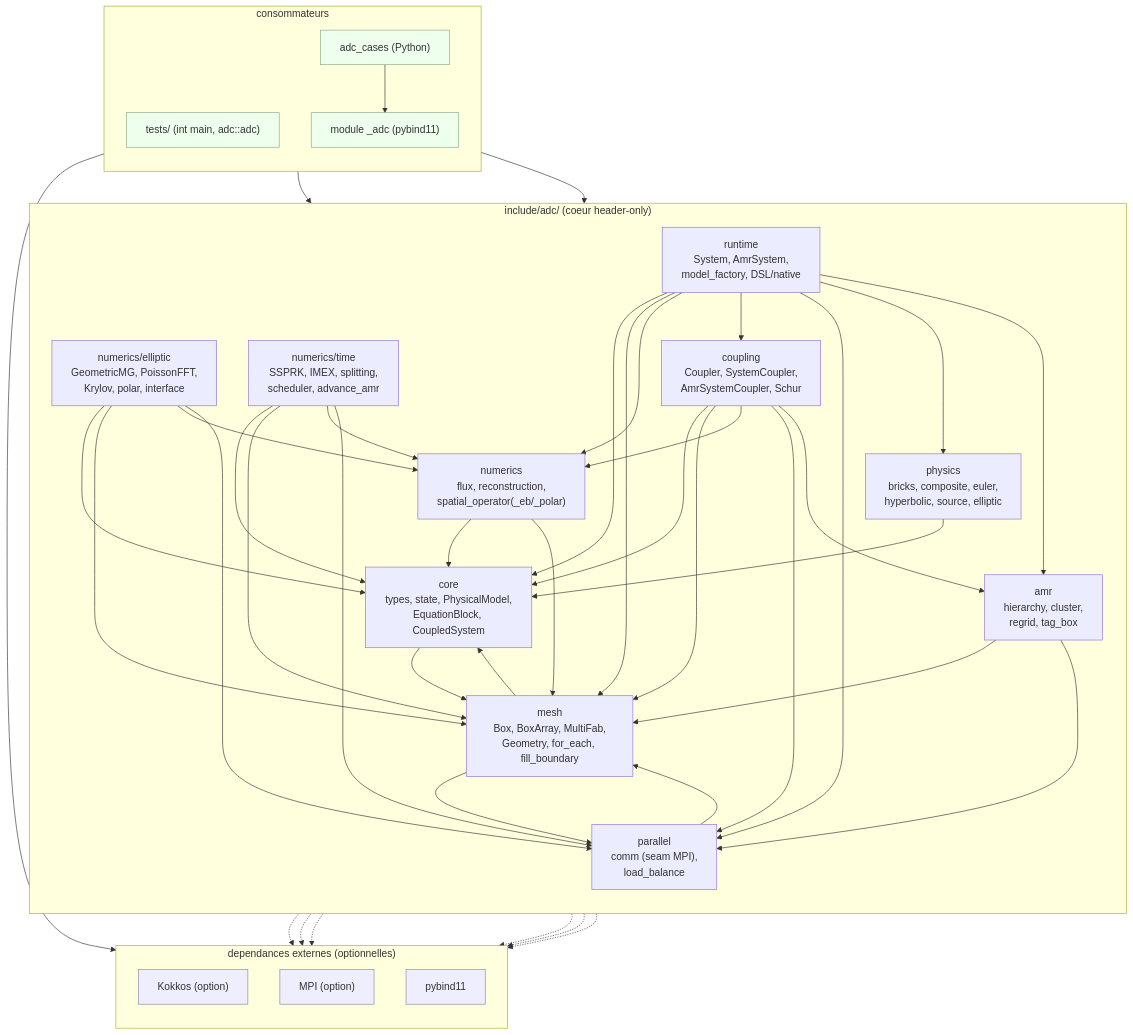
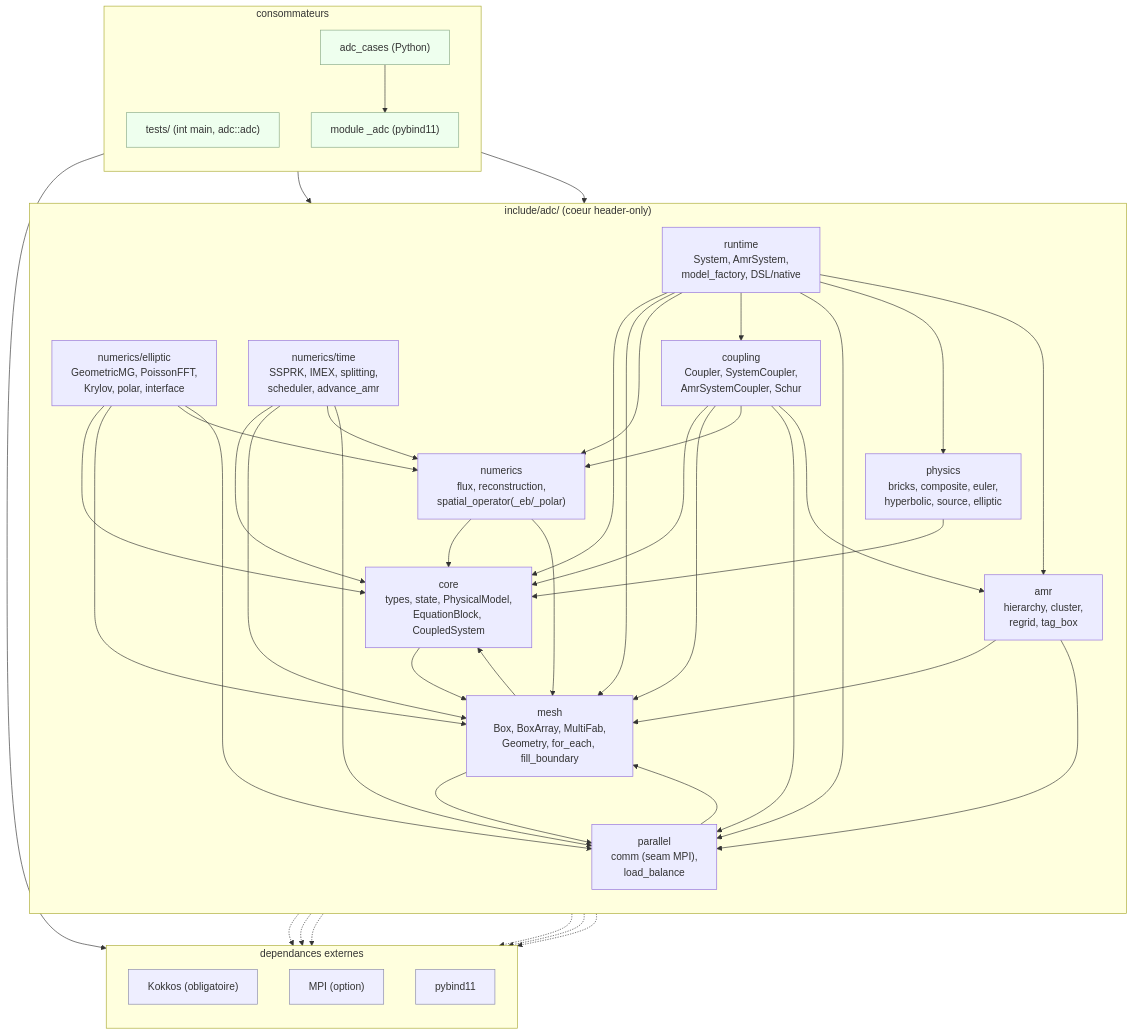
The first of 4 diagrams in docs/ARCHITECTURE.md (wolf75222/adc_cpp), drawn with Mermaid before and after one commit. The commit also changed other lines of this file and 30 other files, not shown here.

````diff
--- a/docs/ARCHITECTURE.md
+++ b/docs/ARCHITECTURE.md
@@ -41,80 +42,80 @@
 ```mermaid
 flowchart TD
   subgraph adc["include/adc/ (coeur header-only)"]
     direction TB
     core["core<br/>types, state, PhysicalModel,<br/>EquationBlock, CoupledSystem"]
     physics["physics<br/>bricks, composite, euler,<br/>hyperbolic, source, elliptic"]
     mesh["mesh<br/>Box, BoxArray, MultiFab,<br/>Geometry, for_each, fill_boundary"]
     parallel["parallel<br/>comm (seam MPI),<br/>load_balance"]
     numerics["numerics<br/>flux, reconstruction,<br/>spatial_operator(_eb/_polar)"]
     elliptic["numerics/elliptic<br/>GeometricMG, PoissonFFT,<br/>Krylov, polar, interface"]
     timed["numerics/time<br/>SSPRK, IMEX, splitting,<br/>scheduler, advance_amr"]
     amr["amr<br/>hierarchy, cluster,<br/>regrid, tag_box"]
     coupling["coupling<br/>Coupler, SystemCoupler,<br/>AmrSystemCoupler, Schur"]
     runtime["runtime<br/>System, AmrSystem,<br/>model_factory, DSL/native"]
   end
 
-  subgraph ext["dependances externes (optionnelles)"]
+  subgraph ext["dependances externes"]
     direction TB
-    kokkos["Kokkos (option)"]
+    kokkos["Kokkos (obligatoire)"]
     mpi["MPI (option)"]
     pybind["pybind11"]
   end
 
   subgraph cons["consommateurs"]
     direction TB
     tests["tests/ (int main, adc::adc)"]
     pymod["module _adc (pybind11)"]
     cases["adc_cases (Python)"]
   end
 
   %% dependances internes (inclusions reelles)
   mesh --> core
   mesh --> parallel
   parallel --> mesh
   physics --> core
   core --> mesh
   numerics --> core
   numerics --> mesh
   elliptic --> core
   elliptic --> mesh
   elliptic --> numerics
   elliptic --> parallel
   timed --> core
   timed --> mesh
   timed --> numerics
   timed --> parallel
   amr --> mesh
   amr --> parallel
   coupling --> core
   coupling --> mesh
   coupling --> numerics
   coupling --> parallel
   coupling --> amr
   runtime --> core
   runtime --> mesh
   runtime --> numerics
   runtime --> coupling
   runtime --> parallel
   runtime --> physics
   runtime --> amr
 
   %% dependances externes (seams confinees)
   mesh -.-> kokkos
   core -.-> kokkos
   numerics -.-> kokkos
   parallel -.-> mpi
   mesh -.-> mpi
   elliptic -.-> mpi
 
   %% consommateurs
   tests --> runtime
   pymod --> runtime
   pymod --> pybind
   cases --> pymod
 
   classDef extcls fill:#eef,stroke:#88a;
   classDef conscls fill:#efe,stroke:#8a8;
   class kokkos,mpi,pybind extcls;
   class tests,pymod,cases conscls;
 ```
````
